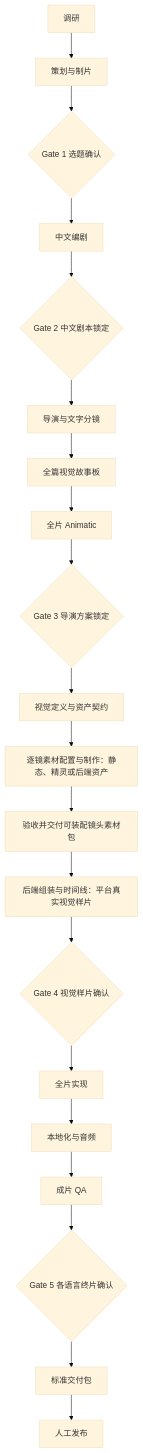
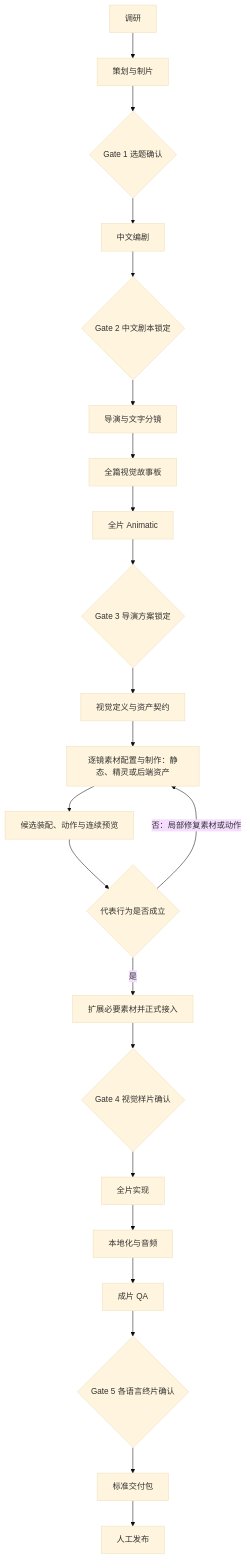
The diagram in skills/ancient-tales-production/references/工作流-全流程总控.md (lseyesl/skills), drawn with Mermaid (base theme) before and after one commit. The commit also changed other lines of this file and 23 other files, not shown here.

````diff
--- a/skills/ancient-tales-production/references/工作流-全流程总控.md
+++ b/skills/ancient-tales-production/references/工作流-全流程总控.md
@@ -40,22 +40,24 @@
 ```mermaid
 flowchart TD
     R[调研] --> P[策划与制片]
     P --> G1{Gate 1 选题确认}
     G1 --> S[中文编剧]
     S --> G2{Gate 2 中文剧本锁定}
     G2 --> D[导演与文字分镜]
     D --> SB[全篇视觉故事板]
     SB --> AN[全片 Animatic]
     AN --> G3{Gate 3 导演方案锁定}
     G3 --> A[视觉定义与资产契约]
     A --> M[逐镜素材配置与制作：静态、精灵或后端资产]
-    M --> B[验收并交付可装配镜头素材包]
-    B --> V[后端组装与时间线：平台真实视觉样片]
-    V --> G4{Gate 4 视觉样片确认}
+    M --> V[候选装配、动作与连续预览]
+    V --> F{代表行为是否成立}
+    F -->|否：局部修复素材或动作| M
+    F -->|是| B[扩展必要素材并正式接入]
+    B --> G4{Gate 4 视觉样片确认}
     G4 --> I[全片实现]
     I --> L[本地化与音频]
     L --> Q[成片 QA]
     Q --> G5{Gate 5 各语言终片确认}
     G5 --> X[标准交付包]
     X --> U[人工发布]
 ```
````
